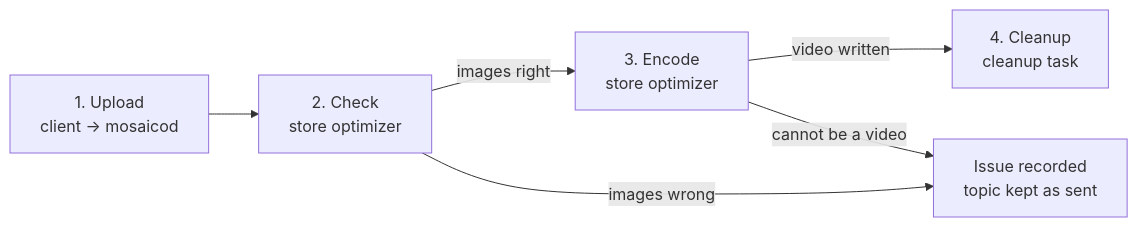
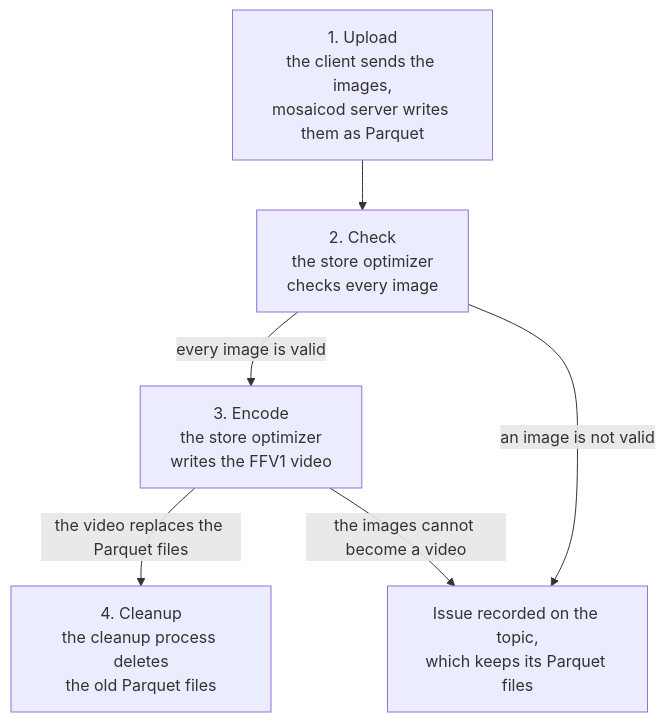
Before and after one commit to mosaico-labs/mosaico-rfcs: the first of 2 diagrams in text/0000-image-sequence.md, drawn with Mermaid. The commit also changed other lines of this file, not shown here.

````diff
--- a/text/0000-image-sequence.md
+++ b/text/0000-image-sequence.md
@@ -62,13 +77,13 @@
 ```mermaid
-flowchart LR
-    U["1. Upload<br/>client → mosaicod"]
-    C["2. Check<br/>store optimizer"]
-    E["3. Encode<br/>store optimizer"]
-    D["4. Cleanup<br/>cleanup task"]
-    I["Issue recorded<br/>topic kept as sent"]
+flowchart TD
+    U["1. Upload<br/>the client sends the images,<br/>mosaicod server writes them as Parquet"]
+    C["2. Check<br/>the store optimizer<br/>checks every image"]
+    E["3. Encode<br/>the store optimizer<br/>writes the FFV1 video"]
+    D["4. Cleanup<br/>the cleanup process deletes<br/>the old Parquet files"]
+    I["Issue recorded on the topic,<br/>which keeps its Parquet files"]
     U --> C
-    C -->|images right| E
-    E -->|video written| D
-    C -->|images wrong| I
-    E -->|"cannot be a video"| I
+    C -->|"every image is valid"| E
+    C -->|"an image is not valid"| I
+    E -->|"the video replaces the Parquet files"| D
+    E -->|"the images cannot become a video"| I
 ```
````
